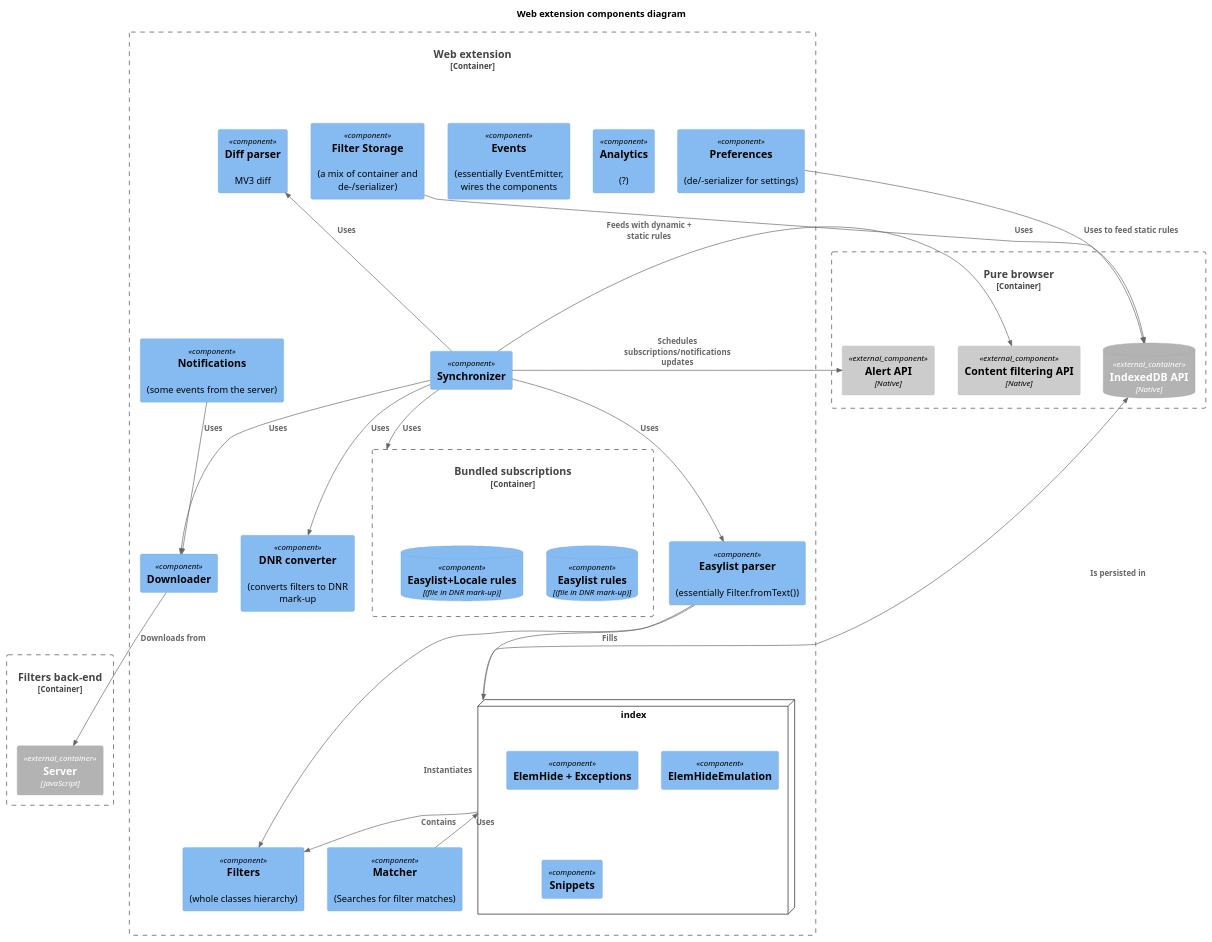
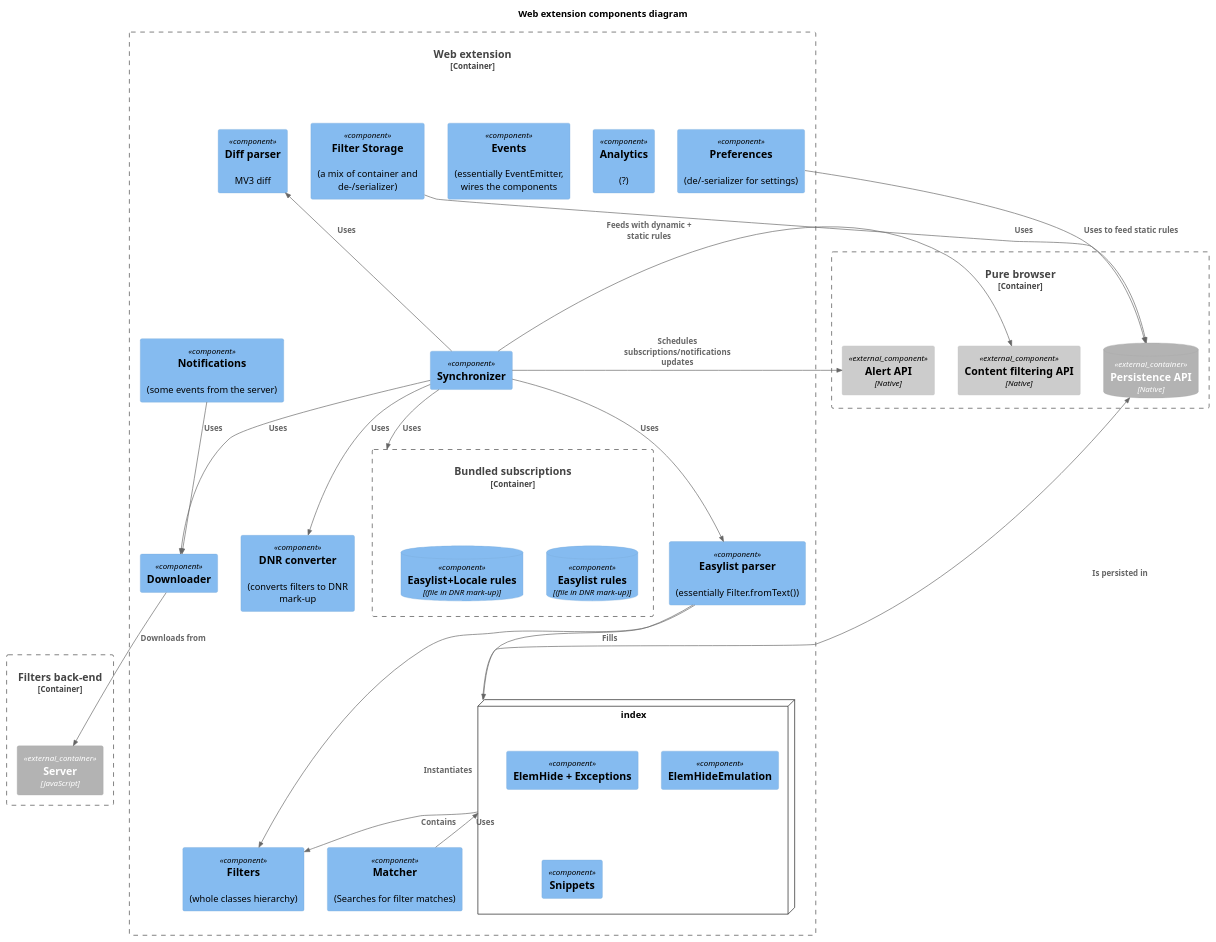
Before and after one commit to 4ntoine/mv3_spec_c4: the diagram in components_webext.puml, drawn with PlantUML. The commit also changed 1 other file, not shown here.

Commit message:
Use "Persistence API" instead of "IndexedDB"

```diff
--- a/components_webext.puml
+++ b/components_webext.puml
@@ -1,64 +1,64 @@
 @startuml
 !include https://raw.githubusercontent.com/plantuml-stdlib/C4-PlantUML/master/C4_Container.puml
 !include https://raw.githubusercontent.com/plantuml-stdlib/C4-PlantUML/master/C4_Component.puml
 
 title Web extension components diagram
 
 ' container itself
 Container_Boundary(webext, "Web extension") {
   Component(analytics, "Analytics", "", "(?)")
   Component(events, "Events", "", "(essentially EventEmitter, wires the components")
   Component(filters, "Filters", "", "(whole classes hierarchy)")
   Component(easylistParser, "Easylist parser", "", "(essentially Filter.fromText())")
   Component(diffParser, "Diff parser", "", "MV3 diff")
   Component(synchronizer, "Synchronizer")
   Component(downloader, "Downloader")
   Component(dnrConverter, "DNR converter", "", "(converts filters to DNR mark-up")
   Component(matcher, "Matcher", "", "(Searches for filter matches)")
   
   Component(notifications, "Notifications", "", "(some events from the server)")
   Component(filterStorage, "Filter Storage", "", "(a mix of container and de-/serializer)")
   Component(prefs, "Preferences", "", "(de/-serializer for settings)")
 
   node index {
     Component(elemHide, "ElemHide + Exceptions")
     Component(elemHideEmu, "ElemHideEmulation")
     Component(snippets, "Snippets")
   }
 
   Container_Boundary(bundled_subscriptions, "Bundled subscriptions") {
     ComponentDb(sub1_dnr_rules, "Easylist rules", "(file in DNR mark-up)")
     ComponentDb(sub2_dnr_rules, "Easylist+Locale rules", "(file in DNR mark-up)")
   }
 }
 
 ' external container
 Container_Boundary(browser, "Pure browser", "") {
-  ContainerDb_Ext(indexeddb, "IndexedDB API", "Native")
+  ContainerDb_Ext(persistence, "Persistence API", "Native")
   Component_Ext(schedulers, "Alert API", "Native")
   Component_Ext(browserCore, "Content filtering API", "Native")
 }
 
 ' external container
 Container_Boundary(backEnd, "Filters back-end", "") {
   Container_Ext(server, "Server", "JavaScript")
 }
 
 ' relations
 Rel(synchronizer, downloader, "Uses")
 Rel(synchronizer, easylistParser, "Uses")
 Rel_U(synchronizer, diffParser, "Uses")
 Rel_U(synchronizer, schedulers, "Schedules subscriptions/notifications updates")
 Rel(synchronizer, dnrConverter, "Uses")
 Rel_U(synchronizer, browserCore, "Feeds with dynamic + static rules")
 Rel(synchronizer, bundled_subscriptions, "Uses")
 Rel(easylistParser, filters, "Instantiates")
 Rel(easylistParser, index, "Fills")
 Rel(index, filters, "Contains")
-Rel_U(index, indexeddb, "Is persisted in")
+Rel_U(index, persistence, "Is persisted in")
 Rel(downloader, server, "Downloads from")
 Rel_U(matcher, index, "Uses")
 Rel(notifications, downloader, "Uses")
-Rel(filterStorage, indexeddb, "Uses")
-Rel(prefs, indexeddb, "Uses to feed static rules")
+Rel(filterStorage, persistence, "Uses")
+Rel(prefs, persistence, "Uses to feed static rules")
 @enduml
```
